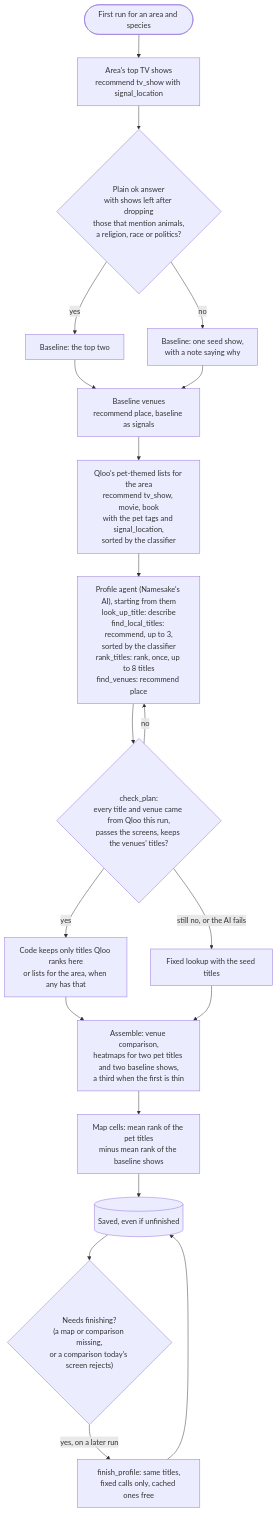
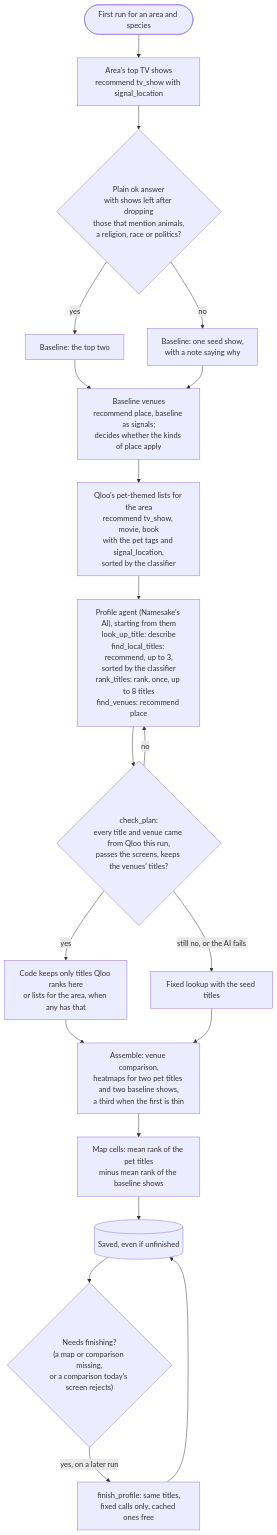
One commit to bsabau/namesake changed the fourth of 6 diagrams in docs/architecture.md. Above: the diagram before and after it, drawn with Mermaid. The commit also changed other lines of this file and 14 other files, not shown here.

First line of the commit message:
Venues asked within kinds of place that can host a stand, in three groups with reasons; the page says which are in and out, and that the places are the area's

````diff
--- a/docs/architecture.md
+++ b/docs/architecture.md
@@ -167,22 +167,22 @@
 ```mermaid
 flowchart TD
     start(["First run for an area and species"]) --> tastes["Area's top TV shows<br/>recommend tv_show with signal_location"]
     tastes --> usable{"Plain ok answer<br/>with shows left after dropping<br/>those that mention animals,<br/>a religion, race or politics?"}
     usable -- yes --> base["Baseline: the top two"]
     usable -- no --> seed["Baseline: one seed show,<br/>with a note saying why"]
-    base --> basevenues["Baseline venues<br/>recommend place, baseline as signals"]
+    base --> basevenues["Baseline venues<br/>recommend place, baseline as signals;<br/>decides whether the kinds of place apply"]
     seed --> basevenues
     basevenues --> petlists["Qloo's pet-themed lists for the area<br/>recommend tv_show, movie, book<br/>with the pet tags and signal_location,<br/>sorted by the classifier"]
     petlists --> ai["Profile agent (Namesake's AI), starting from them<br/>look_up_title: describe<br/>find_local_titles: recommend, up to 3,<br/>sorted by the classifier<br/>rank_titles: rank, once, up to 8 titles<br/>find_venues: recommend place"]
     ai --> check{"check_plan:<br/>every title and venue came from Qloo this run,<br/>passes the screens, keeps the venues' titles?"}
     check -- no --> ai
     check -- "still no, or the AI fails" --> fixed["Fixed lookup with the seed titles"]
     check -- yes --> evidence["Code keeps only titles Qloo ranks here<br/>or lists for the area, when any has that"]
     evidence --> assemble
     fixed --> assemble["Assemble: venue comparison,<br/>heatmaps for two pet titles and two baseline shows,<br/>a third when the first is thin"]
     assemble --> lift["Map cells: mean rank of the pet titles<br/>minus mean rank of the baseline shows"]
     lift --> save[("Saved, even if unfinished")]
     save --> later{"Needs finishing?<br/>(a map or comparison missing,<br/>or a comparison today's screen rejects)"}
     later -- "yes, on a later run" --> finish["finish_profile: same titles,<br/>fixed calls only, cached ones free"]
     finish --> save
 ```
````
